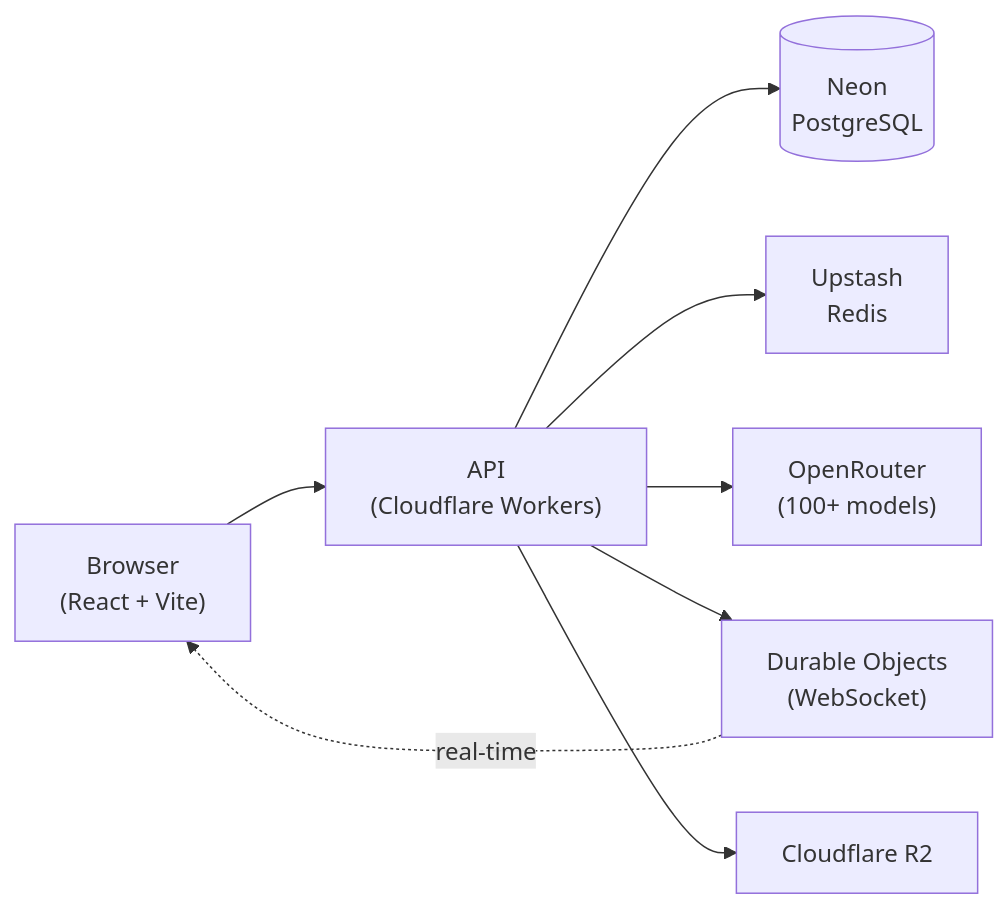
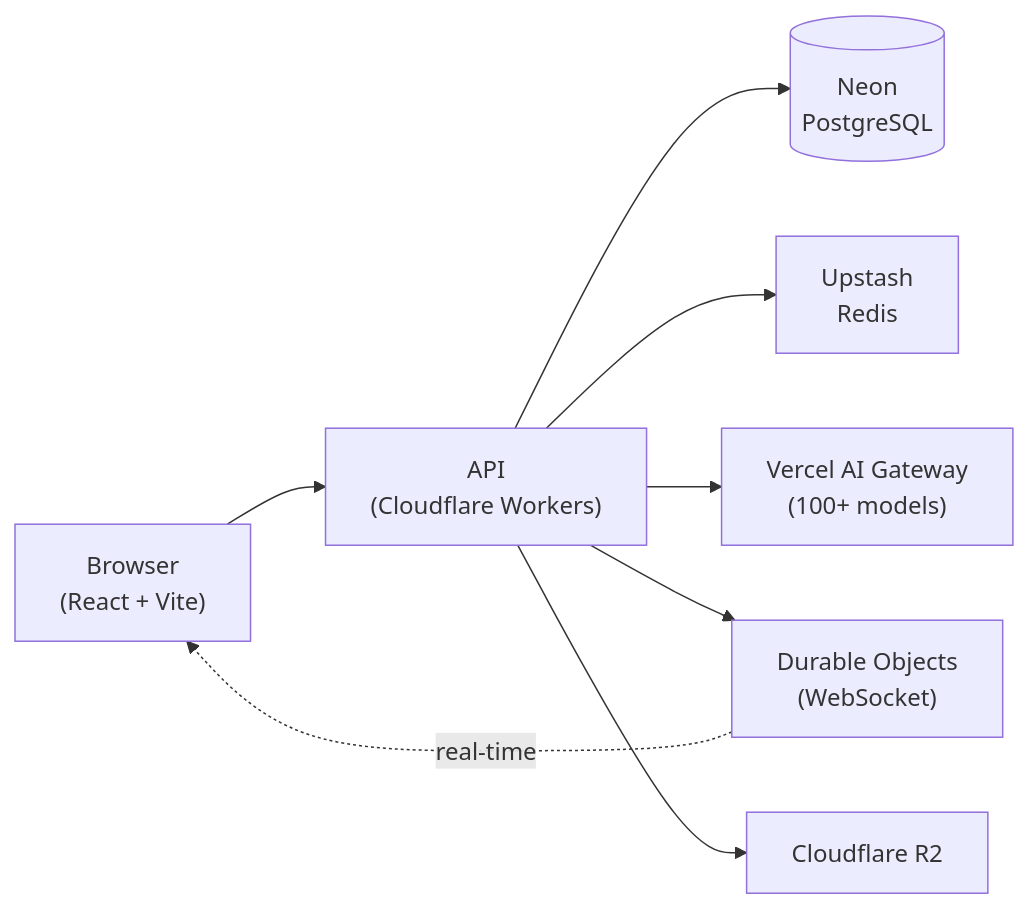
Before and after one commit to LOME-AI/HushBox: the diagram in README.md, drawn with Mermaid. The commit also changed 53 other files, not shown here.

````diff
--- a/README.md
+++ b/README.md
@@ -159,18 +159,18 @@
 ```mermaid
 flowchart LR
     Browser["Browser\n(React + Vite)"]
     API["API\n(Cloudflare Workers)"]
     DB[("Neon\nPostgreSQL")]
     Cache["Upstash\nRedis"]
-    OR["OpenRouter\n(100+ models)"]
+    AG["Vercel AI Gateway\n(100+ models)"]
     DO["Durable Objects\n(WebSocket)"]
     R2["Cloudflare R2"]
 
     Browser --> API
     API --> DB
     API --> Cache
-    API --> OR
+    API --> AG
     API --> DO
     API --> R2
     DO -.->|real-time| Browser
 ```
````
